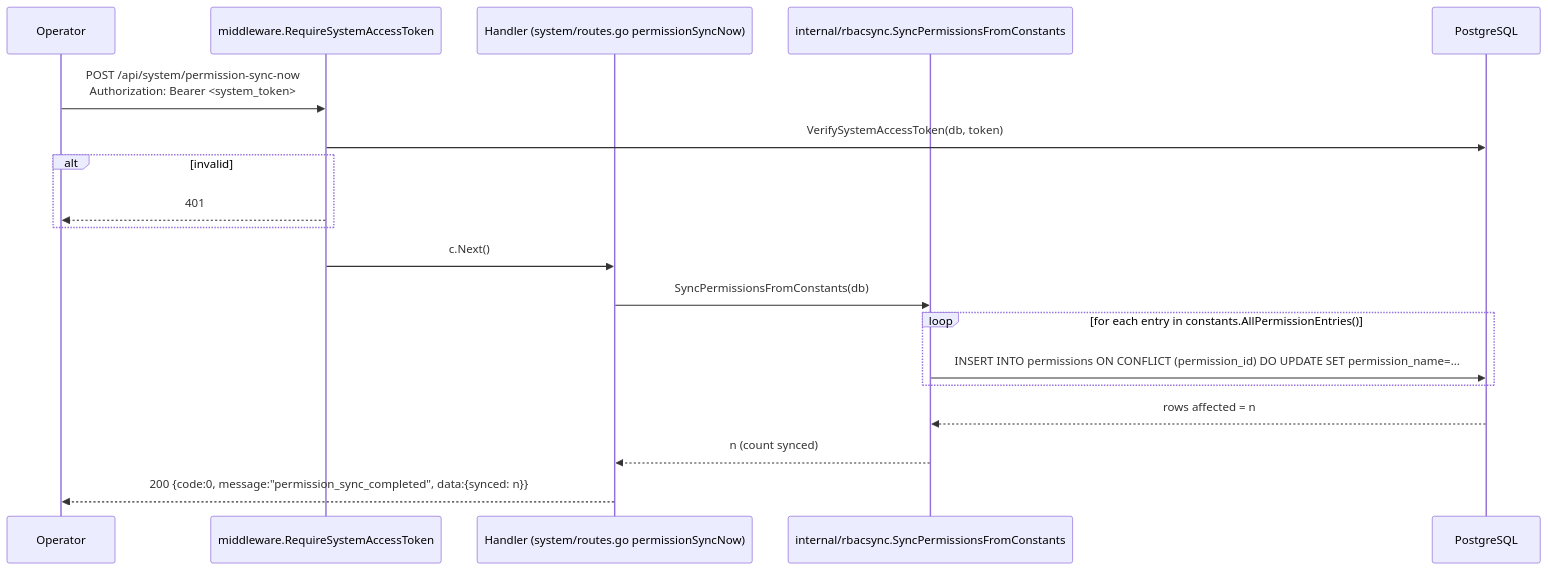
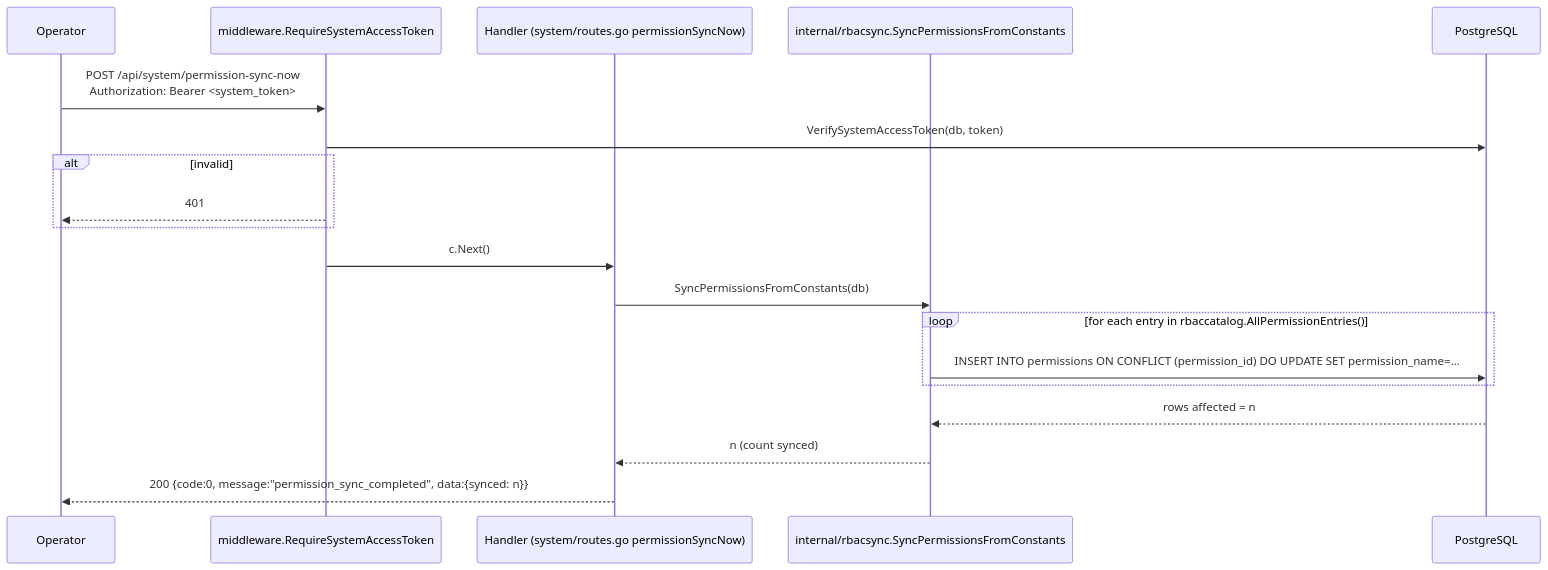
The ninth of 23 diagrams in docs/sequence_diagrams.md (lkienkle11/be-mycourse), drawn with Mermaid before and after one commit. The commit also changed other lines of this file and 10 other files, not shown here.

Commit message:
docs: update media webhook and taxonomy architecture notes

````diff
--- a/docs/sequence_diagrams.md
+++ b/docs/sequence_diagrams.md
@@ -459,24 +459,24 @@
 ```mermaid
 sequenceDiagram
     participant Op as Operator
     participant MW as middleware.RequireSystemAccessToken
     participant H as Handler (system/routes.go permissionSyncNow)
     participant Sync as internal/rbacsync.SyncPermissionsFromConstants
     participant DB as PostgreSQL
 
     Op->>MW: POST /api/system/permission-sync-now<br/>Authorization: Bearer <system_token>
     MW->>DB: VerifySystemAccessToken(db, token)
     alt invalid
         MW-->>Op: 401
     end
     MW->>H: c.Next()
 
     H->>Sync: SyncPermissionsFromConstants(db)
-    loop for each entry in constants.AllPermissionEntries()
+    loop for each entry in rbaccatalog.AllPermissionEntries()
         Sync->>DB: INSERT INTO permissions ON CONFLICT (permission_id) DO UPDATE SET permission_name=...
     end
     DB-->>Sync: rows affected = n
     Sync-->>H: n (count synced)
 
     H-->>Op: 200 {code:0, message:"permission_sync_completed", data:{synced: n}}
 ```
````
